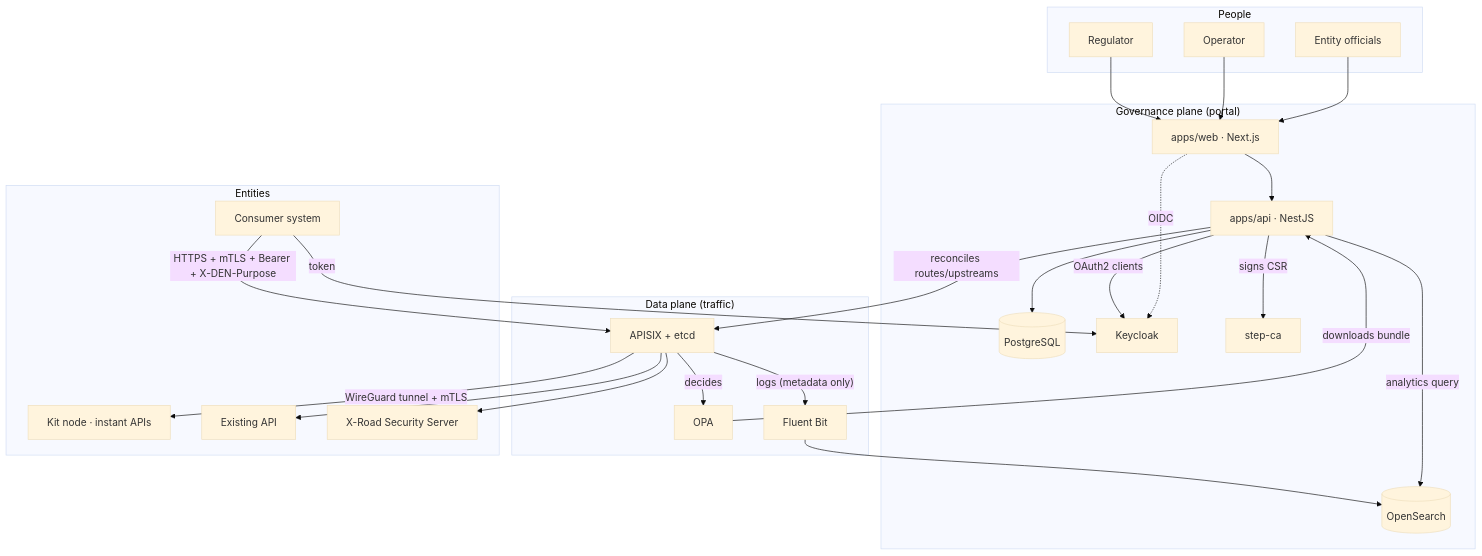
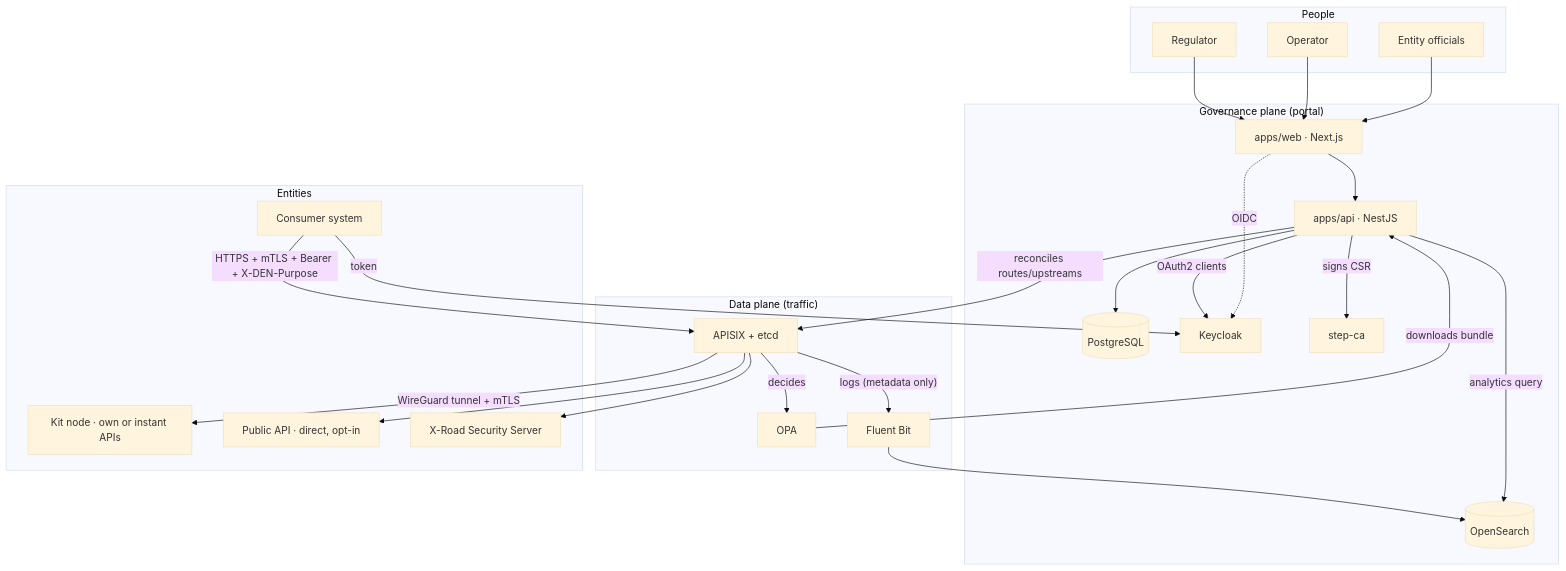
The first of 2 diagrams in docs/ARCHITECTURE.md (centre-for-dpi/data-exchange-admin-portal), drawn with Mermaid (base theme) before and after one commit. The commit also changed other lines of this file and 43 other files, not shown here.

First line of the commit message:
feat(apis): providers come in through the node, upstream types allowed per country (P-04)

````diff
--- a/docs/ARCHITECTURE.md
+++ b/docs/ARCHITECTURE.md
@@ -9,41 +9,41 @@
 ```mermaid
 flowchart TB
   subgraph People
     U1[Entity officials]
     U2[Operator]
     U3[Regulator]
   end
   subgraph Governance_plane["Governance plane (portal)"]
     WEB[apps/web · Next.js]
     API[apps/api · NestJS]
     PG[(PostgreSQL)]
     KC[Keycloak]
     CA[step-ca]
     OS[(OpenSearch)]
   end
   subgraph Data_plane["Data plane (traffic)"]
     GW[APISIX + etcd]
     OPA[OPA]
     FB[Fluent Bit]
   end
   subgraph Entities
     C[Consumer system]
-    N1[Kit node · instant APIs]
-    D1[Existing API]
+    N1[Kit node · own or instant APIs]
+    D1[Public API · direct, opt-in]
     XR[X-Road Security Server]
   end
   U1 & U2 & U3 --> WEB --> API --> PG
   WEB -. OIDC .-> KC
   API -- reconciles routes/upstreams --> GW
   API -- OAuth2 clients --> KC
   API -- signs CSR --> CA
   OPA -- downloads bundle --> API
   API -- analytics query --> OS
   C -- token --> KC
   C -- "HTTPS + mTLS + Bearer + X-DEN-Purpose" --> GW
   GW -- decides --> OPA
   GW -- WireGuard tunnel + mTLS --> N1
   GW --> D1
   GW --> XR
   GW -- logs (metadata only) --> FB --> OS
 ```
````
